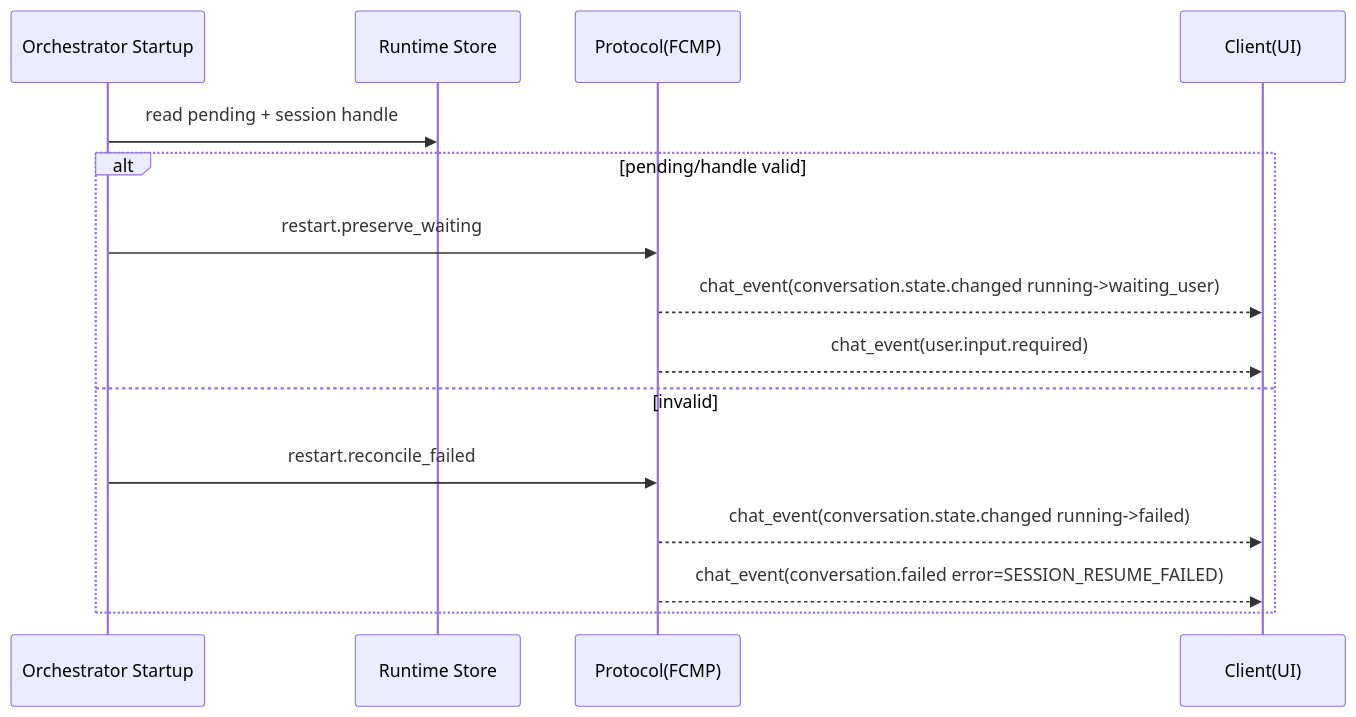
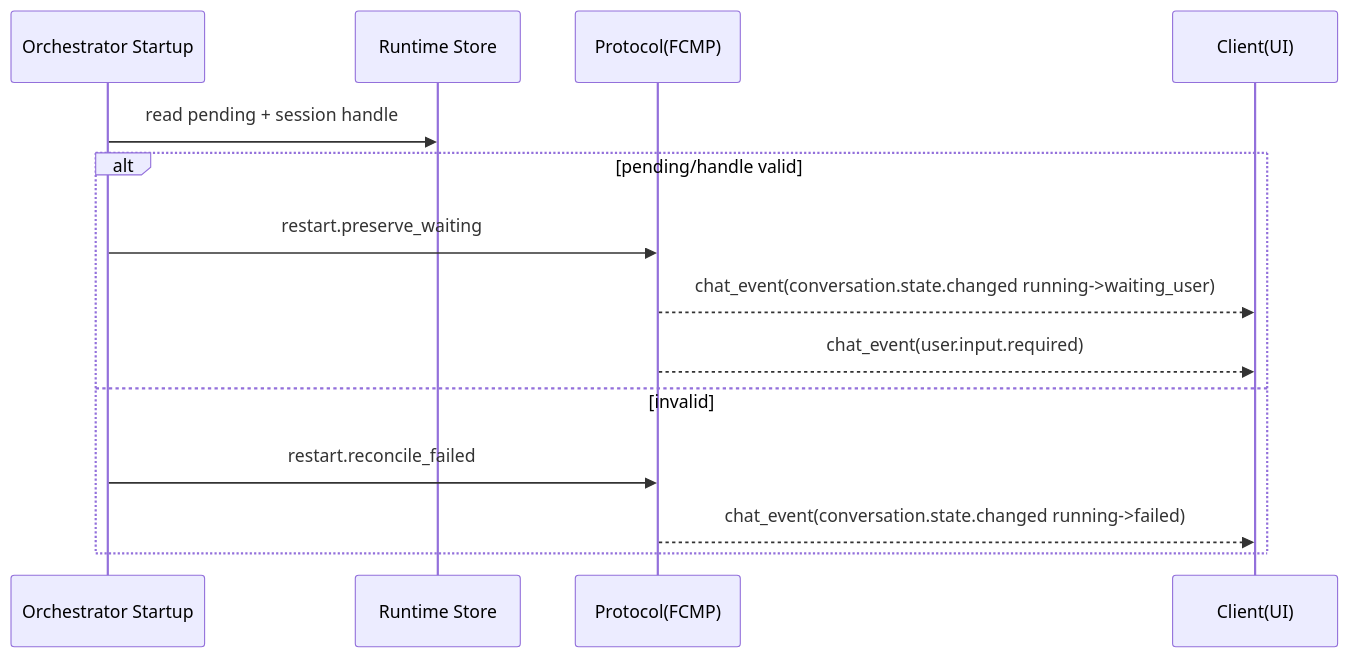
One commit to leike0813/Skill-Runner changed the fourth of 10 diagrams in docs/session_event_flow_sequence_fcmp.md. Above: the diagram before and after it, drawn with Mermaid. The commit also changed other lines of this file and 459 other files, not shown here.

````diff
--- a/docs/session_event_flow_sequence_fcmp.md
+++ b/docs/session_event_flow_sequence_fcmp.md
@@ -91,18 +113,17 @@
 ```mermaid
 sequenceDiagram
     participant Boot as Orchestrator Startup
     participant Store as Runtime Store
     participant P as Protocol(FCMP)
     participant C as Client(UI)
 
     Boot->>Store: read pending + session handle
     alt pending/handle valid
       Boot->>P: restart.preserve_waiting
       P-->>C: chat_event(conversation.state.changed running->waiting_user)
       P-->>C: chat_event(user.input.required)
     else invalid
       Boot->>P: restart.reconcile_failed
       P-->>C: chat_event(conversation.state.changed running->failed)
-      P-->>C: chat_event(conversation.failed error=SESSION_RESUME_FAILED)
     end
 ```
````
